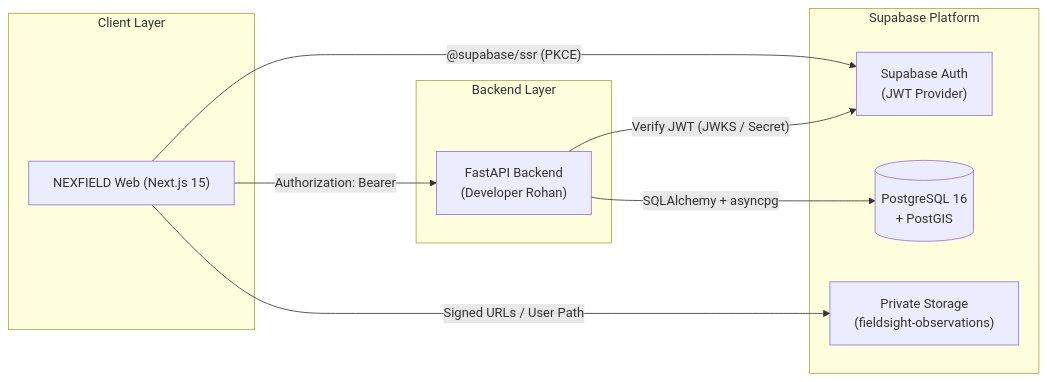
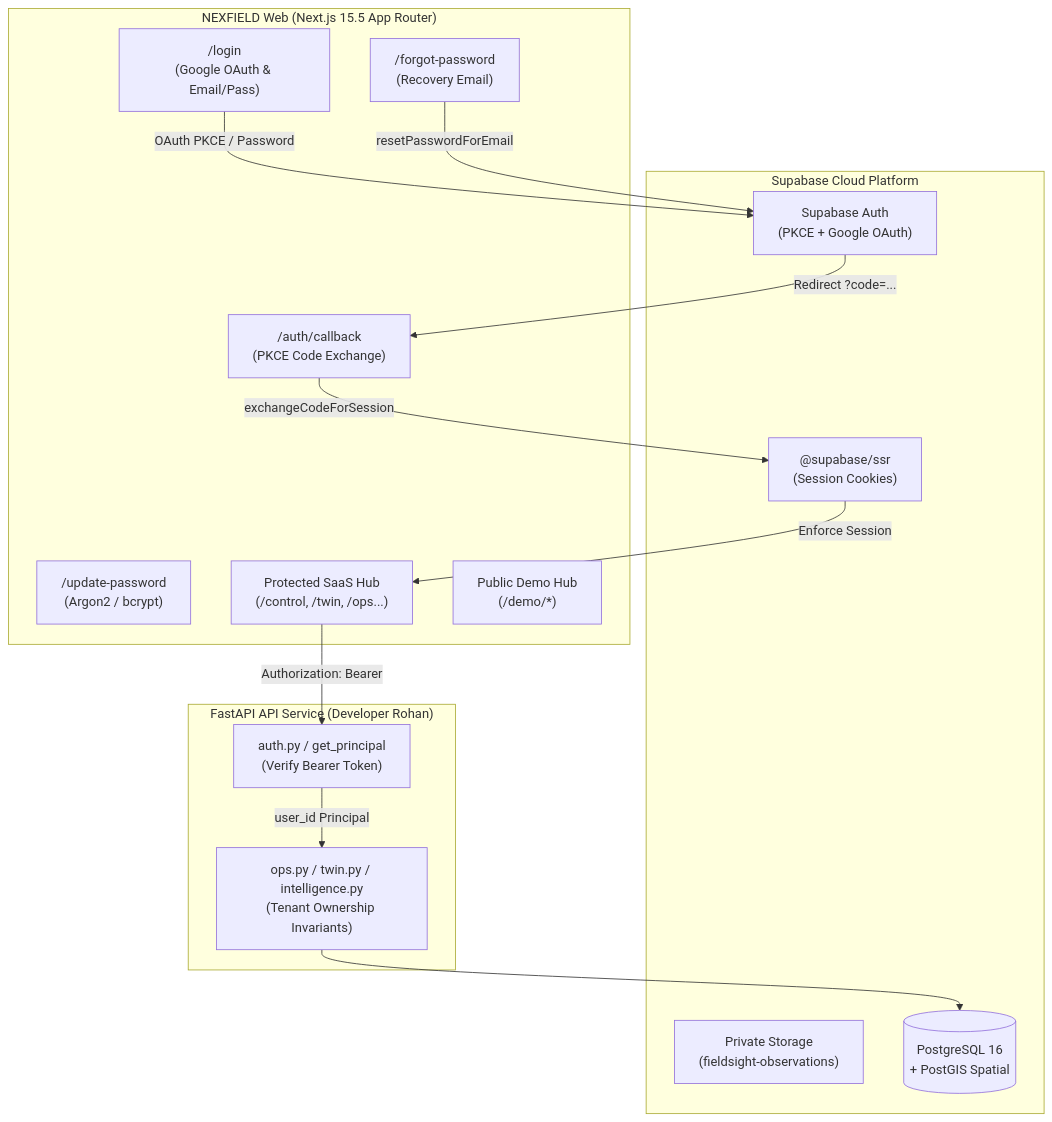
Before and after one commit to TanishBane/Nexfield: the diagram in docs/deployment/SUPABASE_SETUP.md, drawn with Mermaid. The commit also changed other lines of this file and 14 other files, not shown here.

First line of the commit message:
feat(auth): complete Supabase authentication, Google OAuth, 2-column login, and multi-tenant security

````diff
--- a/docs/deployment/SUPABASE_SETUP.md
+++ b/docs/deployment/SUPABASE_SETUP.md
@@ -14,22 +19,32 @@
 ```mermaid
-flowchart LR
-    subgraph Client Layer
-        Web["NEXFIELD Web (Next.js 15)"]
+flowchart TD
+    subgraph Frontend ["NEXFIELD Web (Next.js 15.5 App Router)"]
+        Login["/login\n(Google OAuth & Email/Pass)"]
+        Forgot["/forgot-password\n(Recovery Email)"]
+        Update["/update-password\n(Argon2 / bcrypt)"]
+        Callback["/auth/callback\n(PKCE Code Exchange)"]
+        Protected["Protected SaaS Hub\n(/control, /twin, /ops...)"]
+        Demo["Public Demo Hub\n(/demo/*)"]
     end
 
-    subgraph Supabase Platform
-        Auth["Supabase Auth\n(JWT Provider)"]
-        DB[("PostgreSQL 16\n+ PostGIS")]
+    subgraph SupabasePlatform ["Supabase Cloud Platform"]
+        AuthSvc["Supabase Auth\n(PKCE + Google OAuth)"]
+        CookieHydration["@supabase/ssr\n(Session Cookies)"]
         Storage["Private Storage\n(fieldsight-observations)"]
+        Postgres[("PostgreSQL 16\n+ PostGIS Spatial")]
     end
 
-    subgraph Backend Layer
-        API["FastAPI Backend\n(Developer Rohan)"]
+    subgraph Backend ["FastAPI API Service (Developer Rohan)"]
+        Verify["auth.py / get_principal\n(Verify Bearer Token)"]
+        OpsRouter["ops.py / twin.py / intelligence.py\n(Tenant Ownership Invariants)"]
     end
 
-    Web -- "@supabase/ssr (PKCE)" --> Auth
-    Web -- "Signed URLs / User Path" --> Storage
-    Web -- "Authorization: Bearer <JWT>" --> API
-    API -- "Verify JWT (JWKS / Secret)" --> Auth
-    API -- "SQLAlchemy + asyncpg" --> DB
+    Login -- "OAuth PKCE / Password" --> AuthSvc
+    Forgot -- "resetPasswordForEmail" --> AuthSvc
+    AuthSvc -- "Redirect ?code=..." --> Callback
+    Callback -- "exchangeCodeForSession" --> CookieHydration
+    CookieHydration -- "Enforce Session" --> Protected
+    Protected -- "Authorization: Bearer <JWT>" --> Verify
+    Verify -- "user_id Principal" --> OpsRouter
+    OpsRouter --> Postgres
 ```
````
